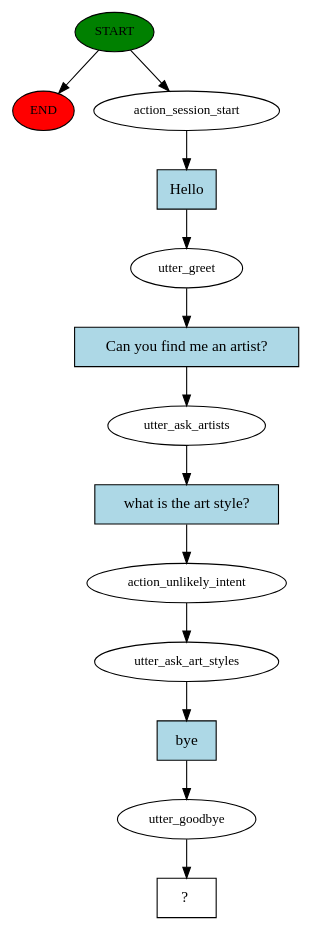
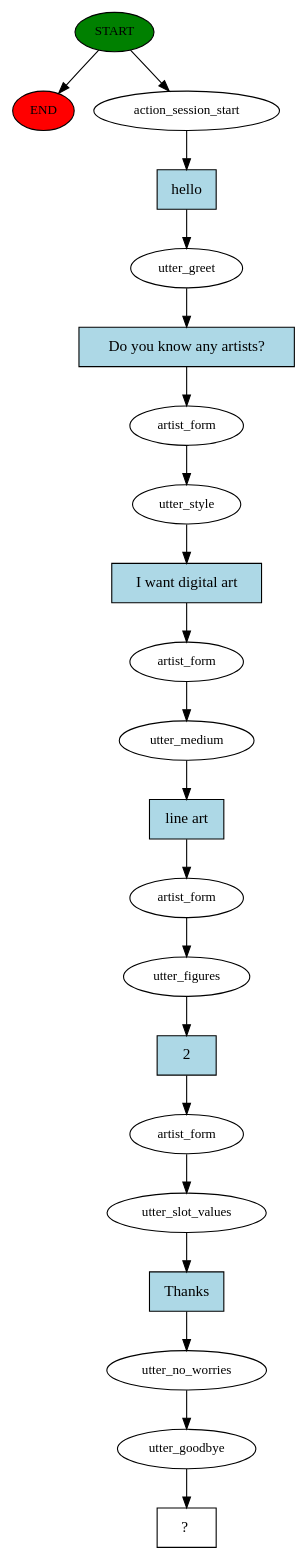
One commit to AnuttharadeSilva/ArtistsFinderChatbot changed the diagram in story_graph.dot. Above: the diagram before and after it, drawn with Graphviz. The commit also changed 5 other files, not shown here.

```diff
--- a/story_graph.dot
+++ b/story_graph.dot
@@ -1,27 +1,43 @@
 digraph  {
 0 [class="start active", fillcolor=green, fontsize=12, label=START, style=filled];
 "-1" [class=end, fillcolor=red, fontsize=12, label=END, style=filled];
 1 [class=active, fontsize=12, label=action_session_start];
 2 [class=active, fontsize=12, label=utter_greet];
-3 [class=active, fontsize=12, label=utter_ask_artists];
-4 [class=active, fontsize=12, label=action_unlikely_intent];
-5 [class=active, fontsize=12, label=utter_ask_art_styles];
-6 [class=active, fontsize=12, label=utter_goodbye];
-7 [class="intent dashed active", label="  ?  ", shape=rect];
-8 [class="intent active", fillcolor=lightblue, label=Hello, shape=rect, style=filled];
-9 [class="intent active", fillcolor=lightblue, label="Can you find me an artist?", shape=rect, style=filled];
-10 [class="intent active", fillcolor=lightblue, label="what is the art style?", shape=rect, style=filled];
-11 [class="intent active", fillcolor=lightblue, label=bye, shape=rect, style=filled];
+3 [class=active, fontsize=12, label=artist_form];
+4 [class=active, fontsize=12, label=utter_style];
+5 [class=active, fontsize=12, label=artist_form];
+6 [class=active, fontsize=12, label=utter_medium];
+7 [class=active, fontsize=12, label=artist_form];
+8 [class=active, fontsize=12, label=utter_figures];
+9 [class=active, fontsize=12, label=artist_form];
+10 [class=active, fontsize=12, label=utter_slot_values];
+11 [class=active, fontsize=12, label=utter_no_worries];
+12 [class=active, fontsize=12, label=utter_goodbye];
+13 [class="intent dashed active", label="  ?  ", shape=rect];
+14 [class="intent active", fillcolor=lightblue, label=hello, shape=rect, style=filled];
+15 [class="intent active", fillcolor=lightblue, label="Do you know any artists?", shape=rect, style=filled];
+16 [class="intent active", fillcolor=lightblue, label="I want digital art", shape=rect, style=filled];
+17 [class="intent active", fillcolor=lightblue, label="line art", shape=rect, style=filled];
+18 [class="intent active", fillcolor=lightblue, label=2, shape=rect, style=filled];
+19 [class="intent active", fillcolor=lightblue, label=Thanks, shape=rect, style=filled];
 0 -> "-1"  [class="", key=NONE, label=""];
 0 -> 1  [class=active, key=NONE, label=""];
-1 -> 8  [class=active, key=0];
-2 -> 9  [class=active, key=0];
-3 -> 10  [class=active, key=0];
-4 -> 5  [class=active, key=NONE, label=""];
-5 -> 11  [class=active, key=0];
-6 -> 7  [class=active, key=NONE, label=""];
-8 -> 2  [class=active, key=0];
-9 -> 3  [class=active, key=0];
-10 -> 4  [class=active, key=0];
-11 -> 6  [class=active, key=0];
+1 -> 14  [class=active, key=0];
+2 -> 15  [class=active, key=0];
+3 -> 4  [class=active, key=NONE, label=""];
+4 -> 16  [class=active, key=0];
+5 -> 6  [class=active, key=NONE, label=""];
+6 -> 17  [class=active, key=0];
+7 -> 8  [class=active, key=NONE, label=""];
+8 -> 18  [class=active, key=0];
+9 -> 10  [class=active, key=NONE, label=""];
+10 -> 19  [class=active, key=0];
+11 -> 12  [class=active, key=NONE, label=""];
+12 -> 13  [class=active, key=NONE, label=""];
+14 -> 2  [class=active, key=0];
+15 -> 3  [class=active, key=0];
+16 -> 5  [class=active, key=0];
+17 -> 7  [class=active, key=0];
+18 -> 9  [class=active, key=0];
+19 -> 11  [class=active, key=0];
 }
```
